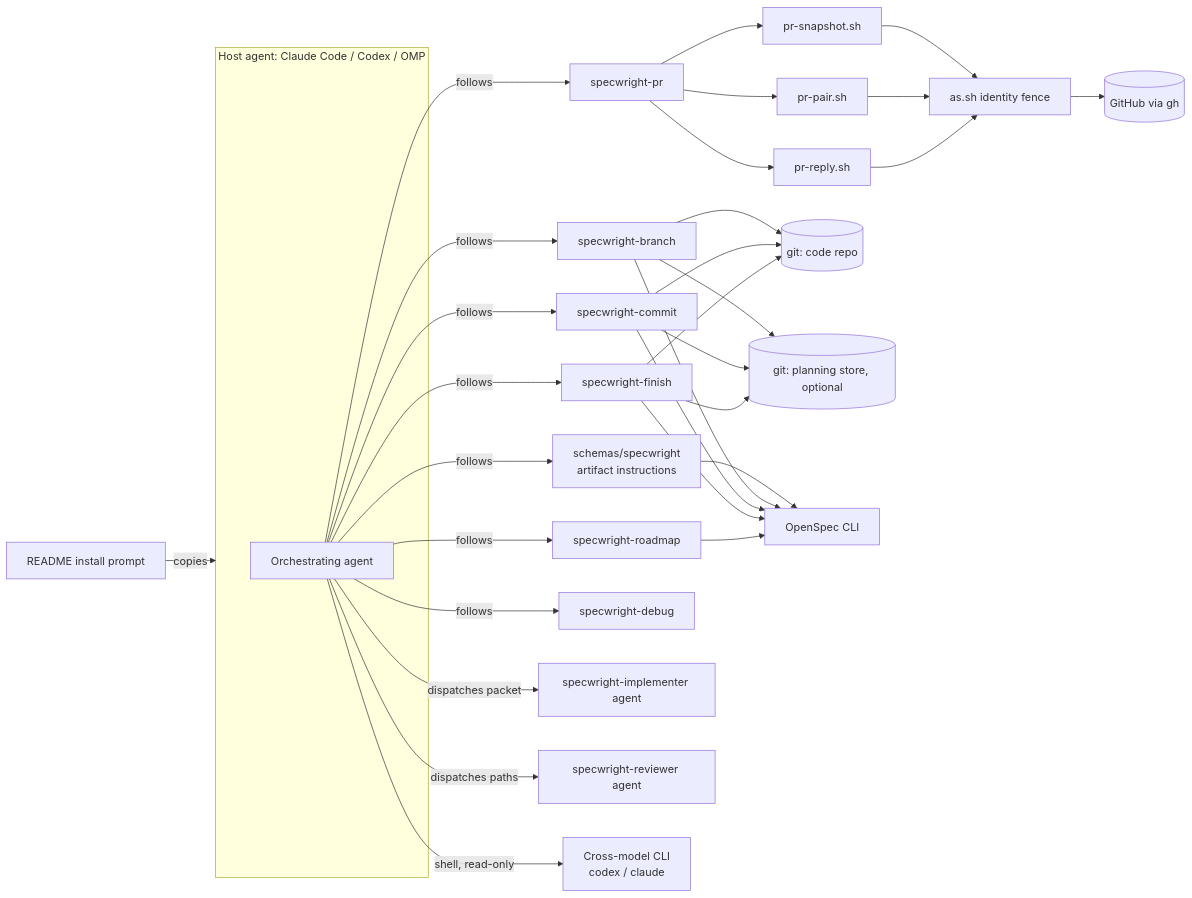
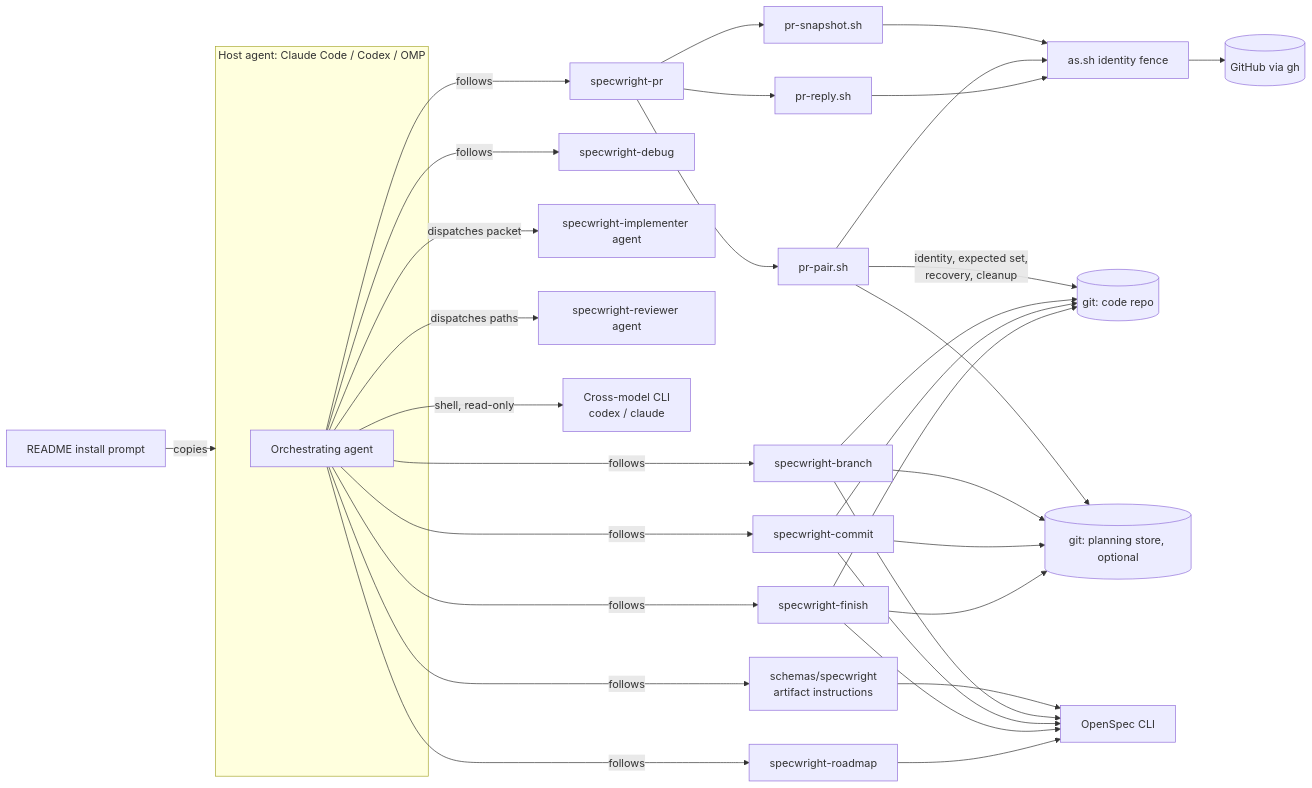
The diagram in openspec/architecture.md (sh1ny/Specwright), drawn with Mermaid before and after one commit. The commit also changed other lines of this file, not shown here.

````diff
--- a/openspec/architecture.md
+++ b/openspec/architecture.md
@@ -16,25 +16,27 @@
 ```mermaid
 flowchart LR
   subgraph Host["Host agent: Claude Code / Codex / OMP"]
     O[Orchestrating agent]
   end
   O -->|follows| SCH[schemas/specwright<br/>artifact instructions]
   O -->|follows| BR[specwright-branch]
   O -->|follows| CM[specwright-commit]
   O -->|follows| FI[specwright-finish]
   O -->|follows| PRS[specwright-pr]
   O -->|follows| RM[specwright-roadmap]
   O -->|follows| DBG[specwright-debug]
   O -->|dispatches packet| IMP[specwright-implementer agent]
   O -->|dispatches paths| REV[specwright-reviewer agent]
   O -->|shell, read-only| XM[Cross-model CLI<br/>codex / claude]
   PRS --> SNAP[pr-snapshot.sh]
   PRS --> PAIR[pr-pair.sh]
   PRS --> REPLY[pr-reply.sh]
   SNAP & PAIR & REPLY --> AS[as.sh identity fence]
   AS --> GH[(GitHub via gh)]
+  PAIR -->|identity, expected set,<br/>recovery, cleanup| GIT
+  PAIR --> STORE
   BR & CM & FI --> GIT[(git: code repo)]
   BR & CM & FI --> STORE[(git: planning store, optional)]
   SCH & BR & CM & FI & RM --> OS[OpenSpec CLI]
   INST[README install prompt] -->|copies| Host
 ```
````
